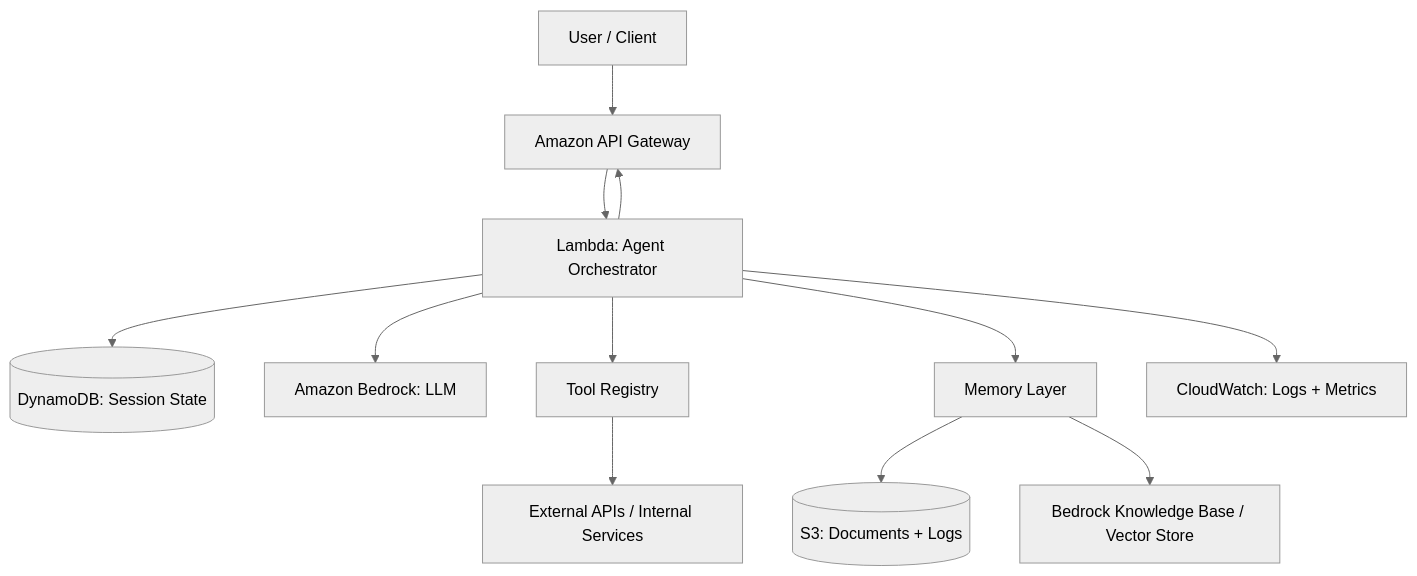
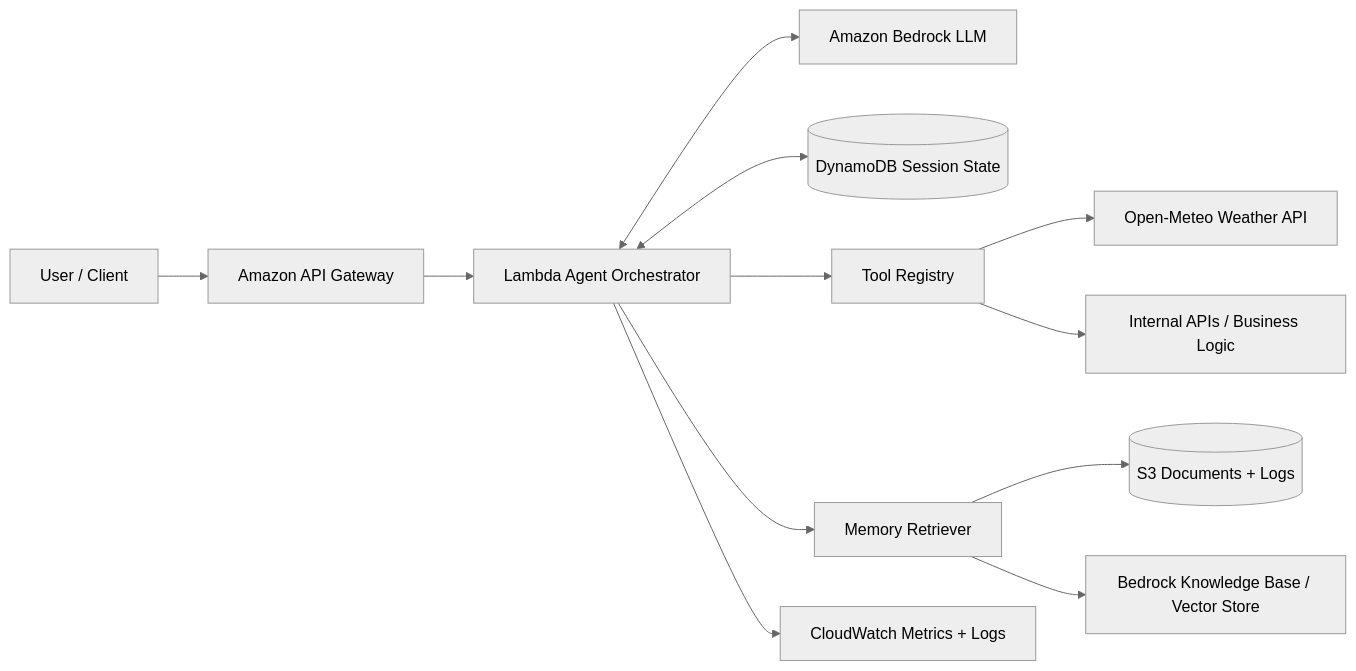
The first of 2 diagrams in README.md (yukta28/agentic-llm-aws-system), drawn with Mermaid (neutral theme) before and after one commit. The commit also changed other lines of this file, not shown here.

First line of the commit message:
Enhance README with API tool details and architecture

````diff
--- a/README.md
+++ b/README.md
@@ -18,14 +43,14 @@
 ```mermaid
-flowchart TD
-    U[User / Client] --> APIGW[Amazon API Gateway]
-    APIGW --> L[Lambda: Agent Orchestrator]
-    L --> DDB[(DynamoDB: Session State)]
-    L --> B[Amazon Bedrock: LLM]
-    L --> T[Tool Registry]
-    T --> EXT[External APIs / Internal Services]
-    L --> MEM[Memory Layer]
-    MEM --> S3[(S3: Documents + Logs)]
-    MEM --> KB[Bedrock Knowledge Base / Vector Store]
-    L --> CW[CloudWatch: Logs + Metrics]
-    L --> APIGW
+flowchart LR
+    User[User / Client] --> Api[Amazon API Gateway]
+    Api --> Lambda[Lambda Agent Orchestrator]
+    Lambda <--> Bedrock[Amazon Bedrock LLM]
+    Lambda <--> DDB[(DynamoDB Session State)]
+    Lambda --> Tools[Tool Registry]
+    Tools --> Weather[Open-Meteo Weather API]
+    Tools --> Internal[Internal APIs / Business Logic]
+    Lambda --> Memory[Memory Retriever]
+    Memory --> S3[(S3 Documents + Logs)]
+    Memory --> KB[Bedrock Knowledge Base / Vector Store]
+    Lambda --> CW[CloudWatch Metrics + Logs]
 ```
````
